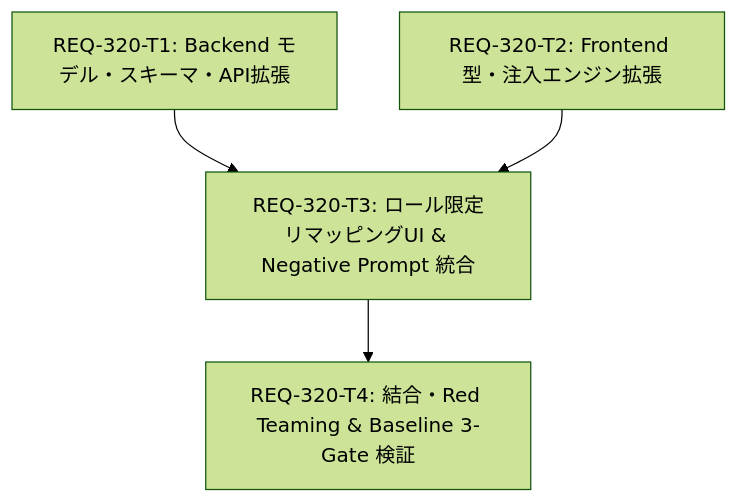
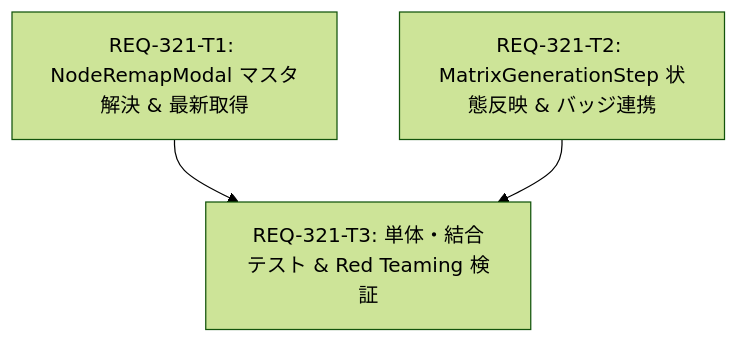
Before and after one commit to TAKE4548/comfy-create-helper2: the diagram in implementation_plan.md, drawn with Mermaid (forest theme). The commit also changed other lines of this file and 10 other files, not shown here.

````diff
--- a/implementation_plan.md
+++ b/implementation_plan.md
@@ -37,11 +29,9 @@
 ```mermaid
 graph TD
-    REQ-320-T1["REQ-320-T1: Backend モデル・スキーマ・API拡張"]
-    REQ-320-T2["REQ-320-T2: Frontend 型・注入エンジン拡張"]
-    REQ-320-T3["REQ-320-T3: ロール限定リマッピングUI & Negative Prompt 統合"]
-    REQ-320-T4["REQ-320-T4: 結合・Red Teaming & Baseline 3-Gate 検証"]
+    REQ-321-T1["REQ-321-T1: NodeRemapModal マスタ解決 & 最新取得"]
+    REQ-321-T2["REQ-321-T2: MatrixGenerationStep 状態反映 & バッジ連携"]
+    REQ-321-T3["REQ-321-T3: 単体・結合テスト & Red Teaming 検証"]
 
-    REQ-320-T1 --> REQ-320-T3
-    REQ-320-T2 --> REQ-320-T3
-    REQ-320-T3 --> REQ-320-T4
+    REQ-321-T1 --> REQ-321-T3
+    REQ-321-T2 --> REQ-321-T3
 ```
````
